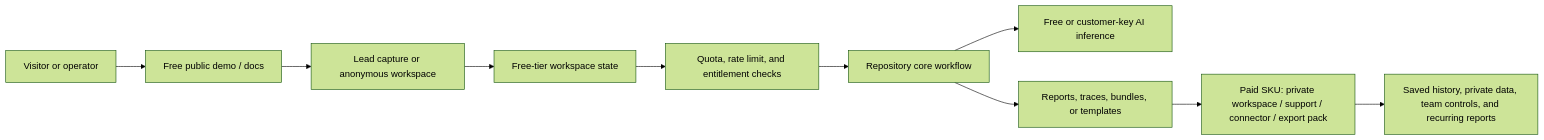
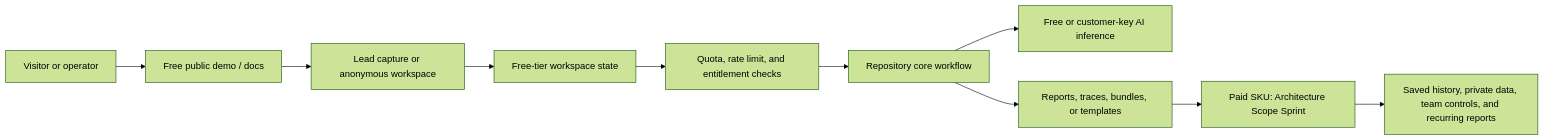
Before and after one commit to KIM3310/twincity-ui: the diagram in docs/revenue-architecture.md, drawn with Mermaid (forest theme). The commit also changed other lines of this file and 19 other files, not shown here.

````diff
--- a/docs/revenue-architecture.md
+++ b/docs/revenue-architecture.md
@@ -31,12 +35,12 @@
 ```mermaid
 flowchart LR
   Visitor["Visitor or operator"] --> Demo["Free public demo / docs"]
   Demo --> Capture["Lead capture or anonymous workspace"]
   Capture --> Workspace["Free-tier workspace state"]
   Workspace --> Meter["Quota, rate limit, and entitlement checks"]
   Meter --> Core["Repository core workflow"]
   Core --> AI["Free or customer-key AI inference"]
   Core --> Export["Reports, traces, bundles, or templates"]
-  Export --> Upgrade["Paid SKU: private workspace / support / connector / export pack"]
+  Export --> Upgrade["Paid SKU: Architecture Scope Sprint"]
   Upgrade --> Retention["Saved history, private data, team controls, and recurring reports"]
 ```
````
